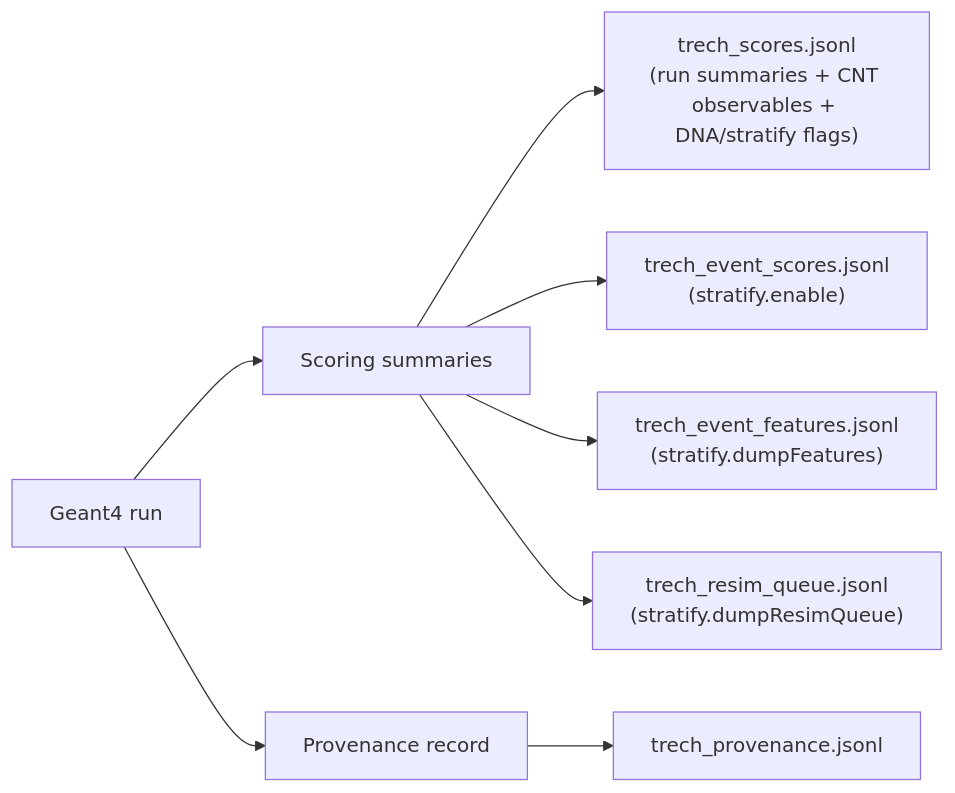
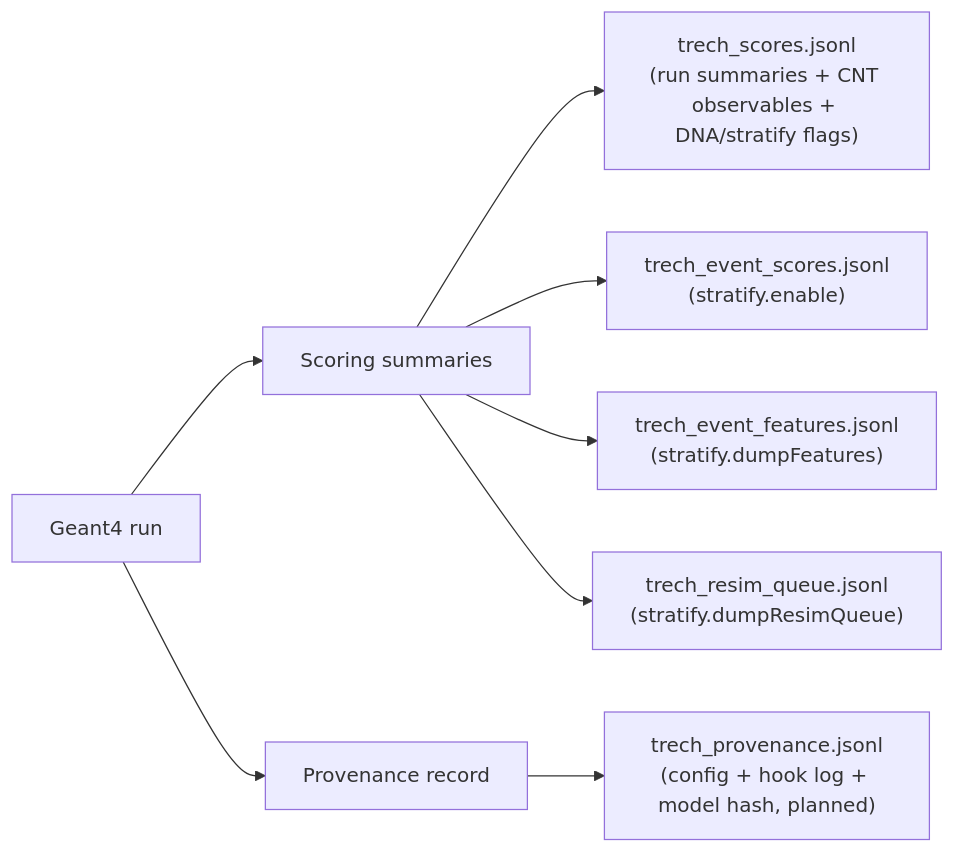
The fourth of 8 diagrams in CHARTS.md (Geckos-Ink/trech), drawn with Mermaid before and after one commit. The commit also changed other lines of this file and 6 other files, not shown here.

````diff
--- a/CHARTS.md
+++ b/CHARTS.md
@@ -91,10 +91,10 @@
 ```mermaid
 flowchart LR
   RUN["Geant4 run"] --> SCORING["Scoring summaries"]
   RUN --> PROV["Provenance record"]
   SCORING --> S1["trech_scores.jsonl\n(run summaries + CNT observables + DNA/stratify flags)"]
   SCORING --> S2["trech_event_scores.jsonl\n(stratify.enable)"]
   SCORING --> S3["trech_event_features.jsonl\n(stratify.dumpFeatures)"]
   SCORING --> S4["trech_resim_queue.jsonl\n(stratify.dumpResimQueue)"]
-  PROV --> P1["trech_provenance.jsonl"]
+  PROV --> P1["trech_provenance.jsonl\n(config + hook log + model hash, planned)"]
 ```
````
